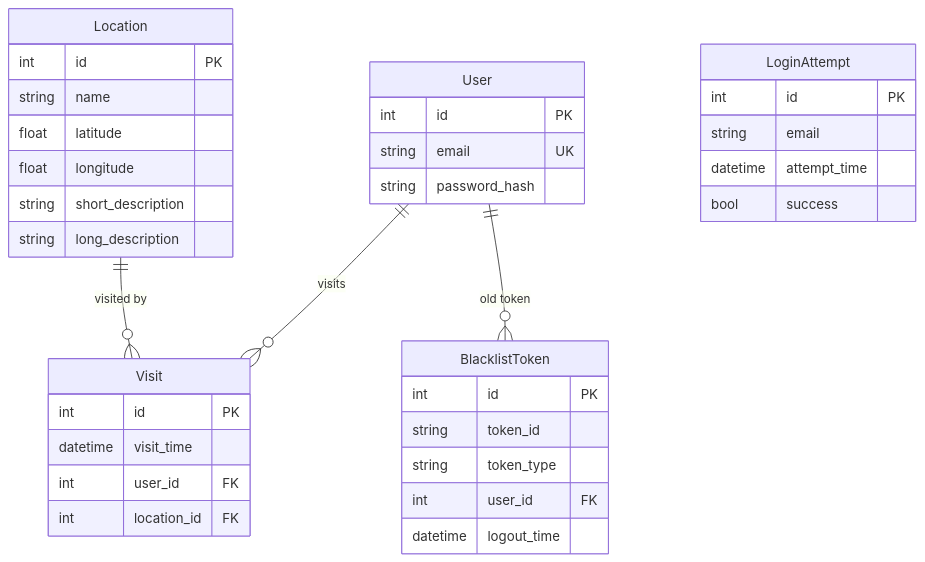
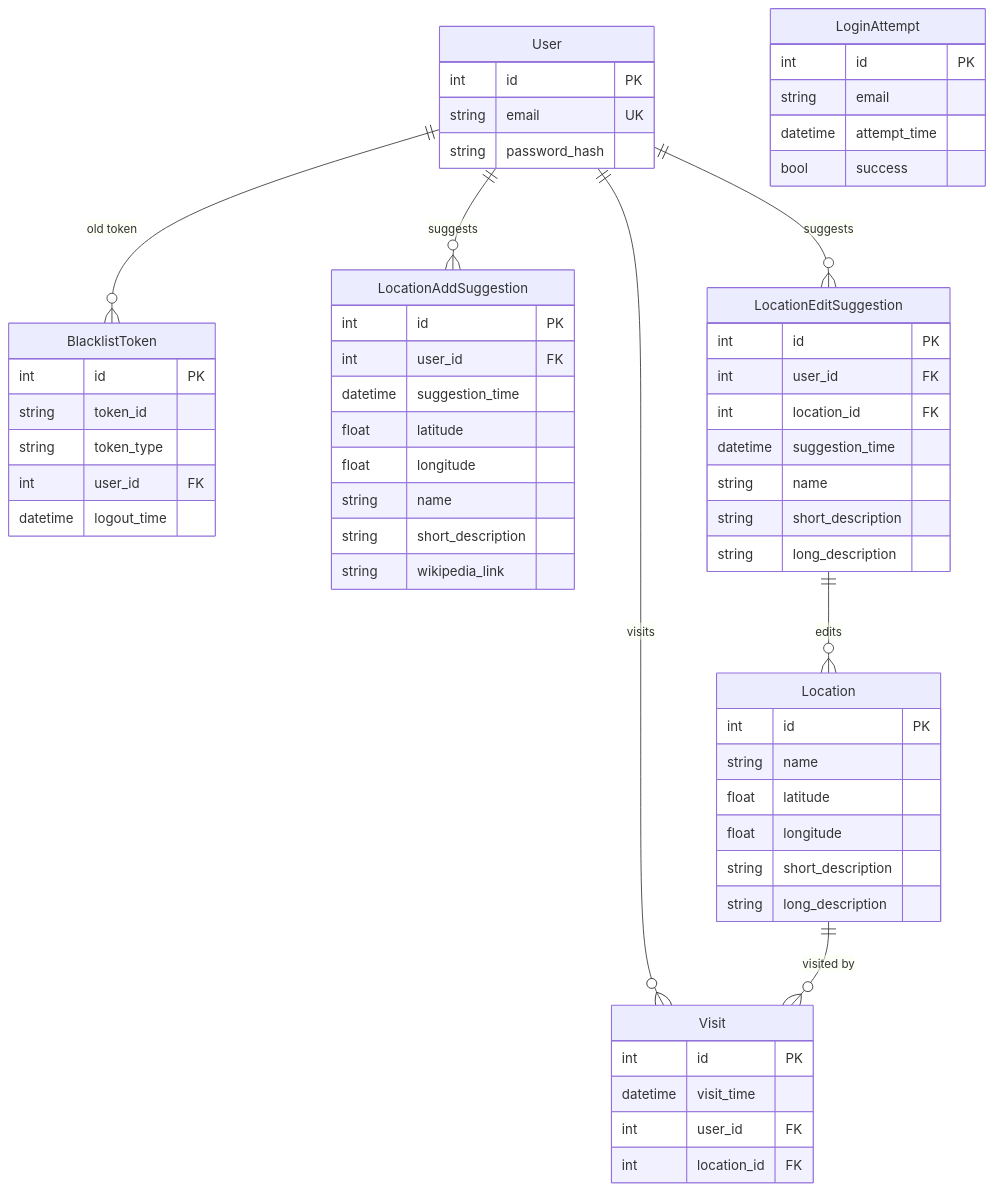
One commit to CS-495-Historical-Sites/remnant changed the diagram in documentation/docs/Documentation/Database.md. Above: the diagram before and after it, drawn with Mermaid. The commit also changed 63 other files, not shown here.

Commit message:
admin web signin / signup; location add / edit routes; user suggest edit on app; admin view user suggestions on web (#14)

````diff
--- a/documentation/docs/Documentation/Database.md
+++ b/documentation/docs/Documentation/Database.md
@@ -3,39 +3,61 @@
 ``` mermaid
 erDiagram
     User {
         int id  PK
         string email UK
         string password_hash 
     }
     Location {
         int id  PK
         string name 
         float latitude
         float longitude
         string short_description
         string long_description
     }
     Visit {
         int id  PK
         datetime visit_time 
         int user_id  FK
         int location_id  FK
     }
     BlacklistToken {
         int id PK
         string token_id
         string token_type
         int user_id FK
         datetime logout_time
     }
+    LocationAddSuggestion {
+        int id  PK
+        int user_id  FK
+        datetime suggestion_time
+        float latitude
+        float longitude
+        string name 
+        string short_description
+        string wikipedia_link
+    }
+    LocationEditSuggestion {
+        int id PK
+        int user_id FK
+        int location_id FK
+        datetime suggestion_time
+        string name 
+        string short_description
+        string long_description
+    }
     LoginAttempt {
         int id PK
         string email
         datetime attempt_time
         bool success
     }
 
+    User ||--o{ LocationAddSuggestion : "suggests"
+    User ||--o{ LocationEditSuggestion : "suggests"
+    LocationEditSuggestion ||--o{ Location : "edits"
     User ||--o{ Visit : "visits"
     Location ||--o{ Visit : "visited by"
     User ||--o{BlacklistToken : "old token"
 ```
````
